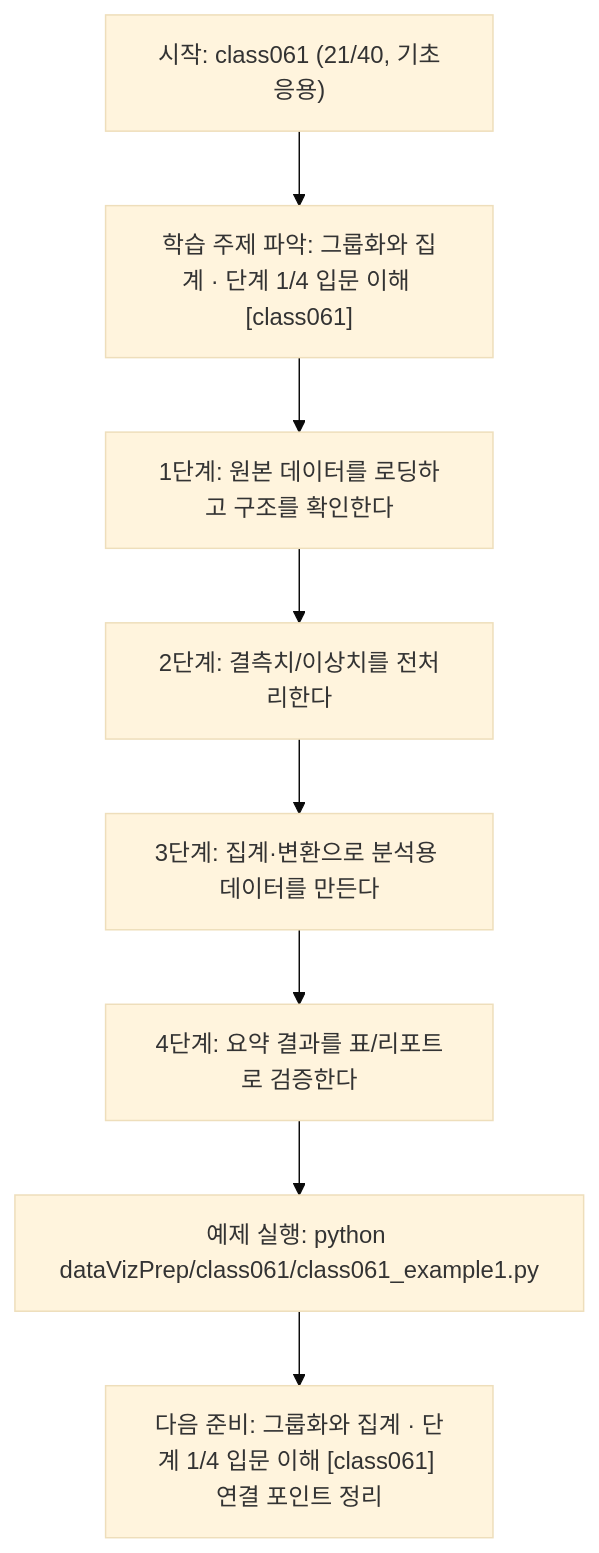
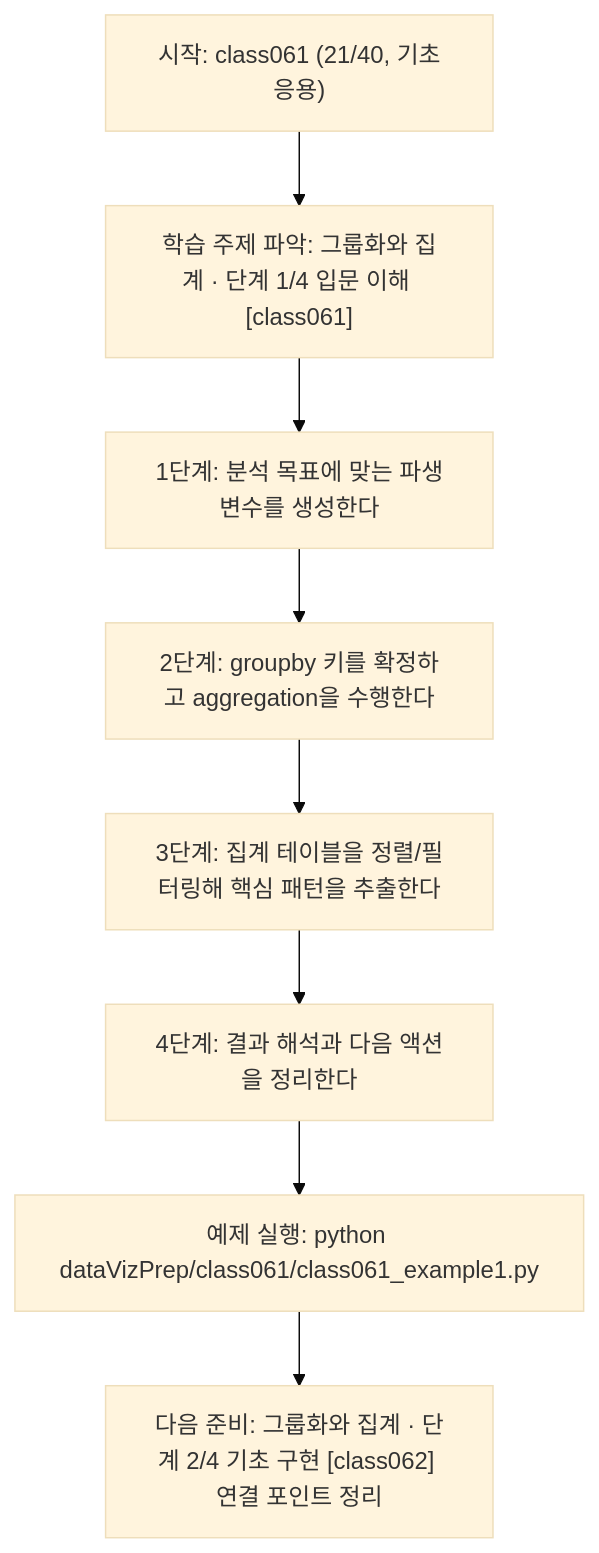
Before and after one commit to edumgt/Python-AI_Agent-Class: the diagram in dataVizPrep/class061/class061.md, drawn with Mermaid (base theme). The commit also changed other lines of this file and 283 other files, not shown here.

````diff
--- a/dataVizPrep/class061/class061.md
+++ b/dataVizPrep/class061/class061.md
@@ -110,18 +92,18 @@
 ```mermaid
 flowchart TD
 N1["시작: class061 (21/40, 기초응용)"]
 N2["학습 주제 파악: 그룹화와 집계 · 단계 1/4 입문 이해 [class061]"]
-N3["1단계: 원본 데이터를 로딩하고 구조를 확인한다"]
-N4["2단계: 결측치/이상치를 전처리한다"]
-N5["3단계: 집계·변환으로 분석용 데이터를 만든다"]
-N6["4단계: 요약 결과를 표/리포트로 검증한다"]
+N3["1단계: 분석 목표에 맞는 파생변수를 생성한다"]
+N4["2단계: groupby 키를 확정하고 aggregation을 수행한다"]
+N5["3단계: 집계 테이블을 정렬/필터링해 핵심 패턴을 추출한다"]
+N6["4단계: 결과 해석과 다음 액션을 정리한다"]
 N7["예제 실행: python dataVizPrep/class061/class061_example1.py"]
-N8["다음 준비: 그룹화와 집계 · 단계 1/4 입문 이해 [class061] 연결 포인트 정리"]
+N8["다음 준비: 그룹화와 집계 · 단계 2/4 기초 구현 [class062] 연결 포인트 정리"]
 N1 --> N2
 N2 --> N3
 N3 --> N4
 N4 --> N5
 N5 --> N6
 N6 --> N7
 N7 --> N8
 ```
````
